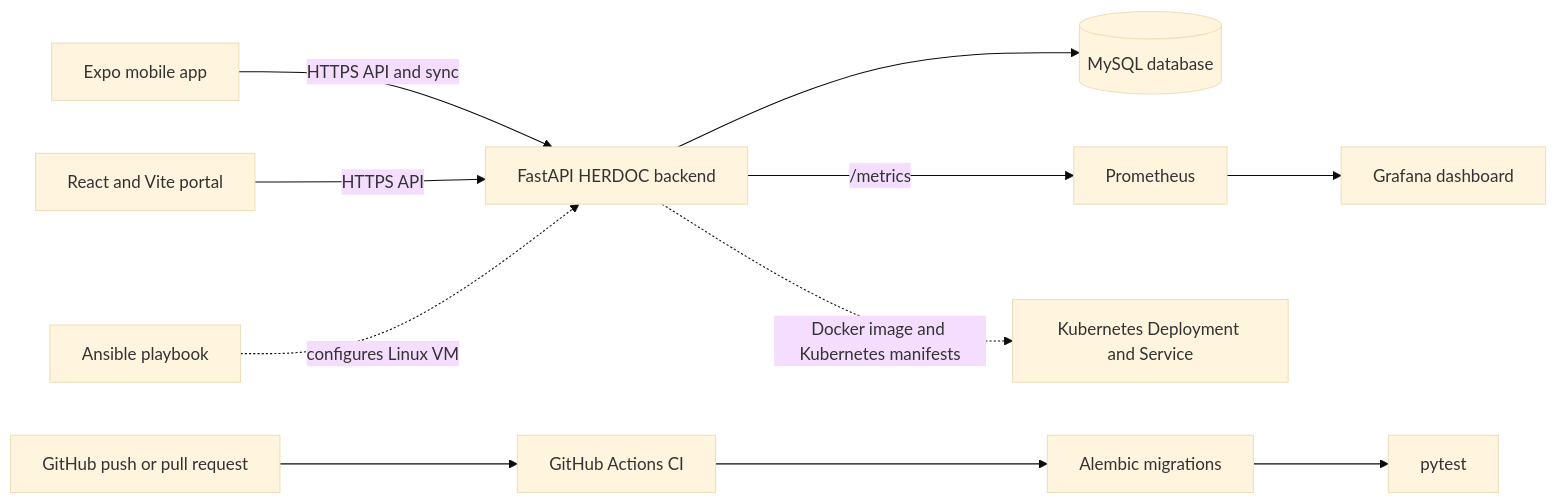
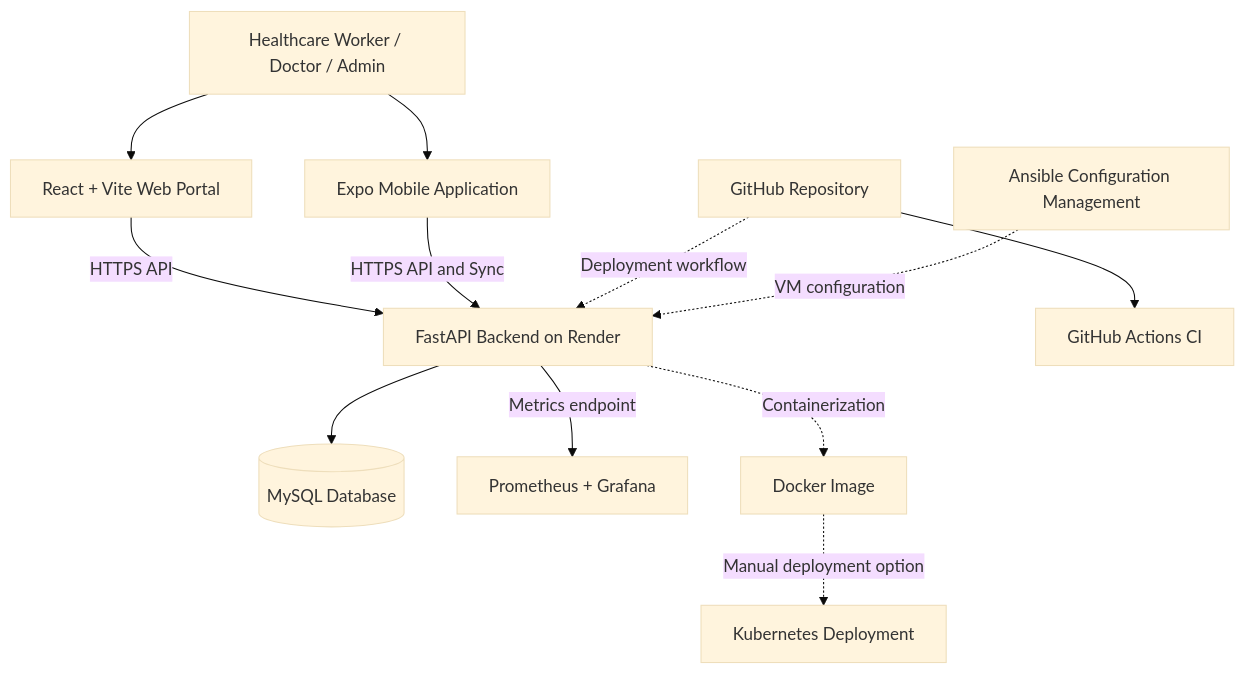
The first of 2 diagrams in Deployment.md (Mohnish124/HerDoc), drawn with Mermaid (base theme) before and after one commit. The commit also changed other lines of this file, not shown here.

````diff
--- a/Deployment.md
+++ b/Deployment.md
@@ -9,13 +21,26 @@
 ```mermaid
-flowchart LR
-  Mobile[Expo mobile app] -->|HTTPS API and sync| API[FastAPI HERDOC backend]
-  Web[React and Vite portal] -->|HTTPS API| API
-  API --> DB[(MySQL database)]
-  API -->|/metrics| Prom[Prometheus]
-  Prom --> Grafana[Grafana dashboard]
-  Git[GitHub push or pull request] --> Actions[GitHub Actions CI]
-  Actions --> Alembic[Alembic migrations]
-  Alembic --> Test[pytest]
-  API -. Docker image and Kubernetes manifests .-> K8s[Kubernetes Deployment and Service]
-  Ansible[Ansible playbook] -. configures Linux VM .-> API
+flowchart TD
+    User[Healthcare Worker / Doctor / Admin]
+    Web[React + Vite Web Portal]
+    Mobile[Expo Mobile Application]
+    API[FastAPI Backend on Render]
+    DB[(MySQL Database)]
+    Git[GitHub Repository]
+    CI[GitHub Actions CI]
+    Monitoring[Prometheus + Grafana]
+    Docker[Docker Image]
+    K8s[Kubernetes Deployment]
+    Ansible[Ansible Configuration Management]
+
+    User --> Web
+    User --> Mobile
+    Web -->|HTTPS API| API
+    Mobile -->|HTTPS API and Sync| API
+    API --> DB
+    Git --> CI
+    Git -. Deployment workflow .-> API
+    API -->|Metrics endpoint| Monitoring
+    API -. Containerization .-> Docker
+    Docker -. Manual deployment option .-> K8s
+    Ansible -. VM configuration .-> API
 ```
````
